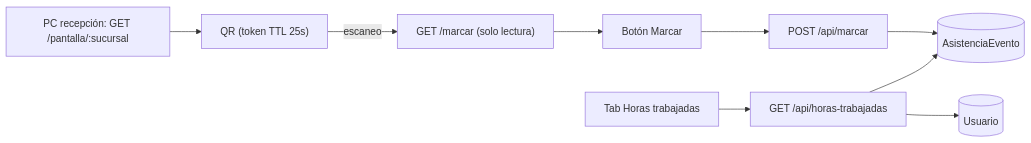
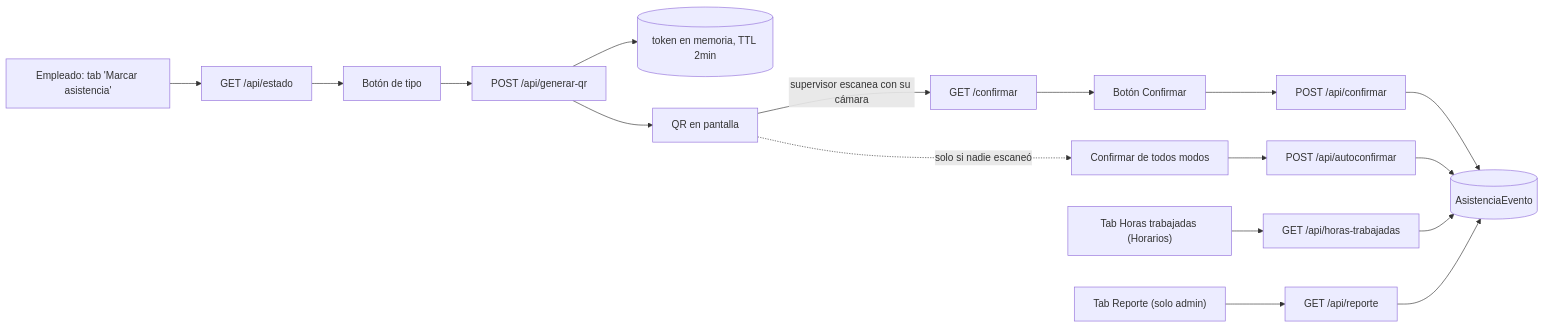
The seventh of 8 diagrams in CLAUDE.md (chriscontmtz-creator/i24h), drawn with Mermaid before and after one commit. The commit also changed other lines of this file and 14 other files, not shown here.

Commit message:
Rediseñar asistencia con QR personal por empleado, sumar contadores de impresora al dashboard, y ajustar bitácoras (quitar snacks fantasma, historial solo admin, horario de sync alineado)

````diff
--- a/CLAUDE.md
+++ b/CLAUDE.md
@@ -254,8 +258,11 @@
 ```mermaid
 flowchart LR
-    A["PC recepción: GET /pantalla/:sucursal"] --> B["QR (token TTL 25s)"]
-    B -->|escaneo| C["GET /marcar (solo lectura)"]
-    C --> D["Botón Marcar"] --> E["POST /api/marcar"] --> F[("AsistenciaEvento")]
-    G["Tab Horas trabajadas"] --> H["GET /api/horas-trabajadas"] --> F
-    H --> I[("Usuario")]
+    A["Empleado: tab 'Marcar asistencia'"] --> B["GET /api/estado"] --> C["Botón de tipo"]
+    C --> D["POST /api/generar-qr"] --> E[("token en memoria, TTL 2min")]
+    D --> F["QR en pantalla"]
+    F -->|supervisor escanea con su cámara| G["GET /confirmar"]
+    G --> H["Botón Confirmar"] --> I["POST /api/confirmar"] --> J[("AsistenciaEvento")]
+    F -.solo si nadie escaneó.-> K["Confirmar de todos modos"] --> L["POST /api/autoconfirmar"] --> J
+    M["Tab Horas trabajadas (Horarios)"] --> N["GET /api/horas-trabajadas"] --> J
+    O["Tab Reporte (solo admin)"] --> P["GET /api/reporte"] --> J
 ```
````
